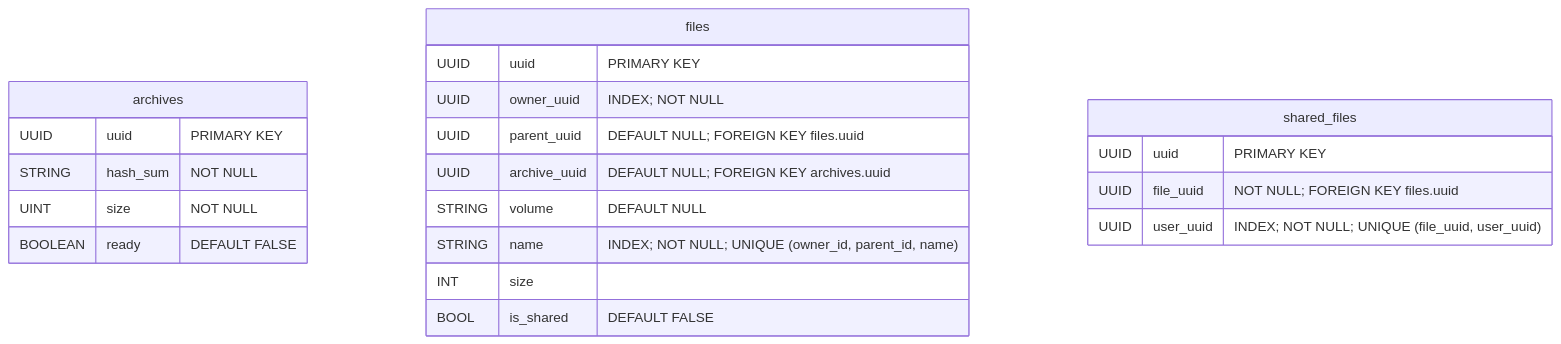
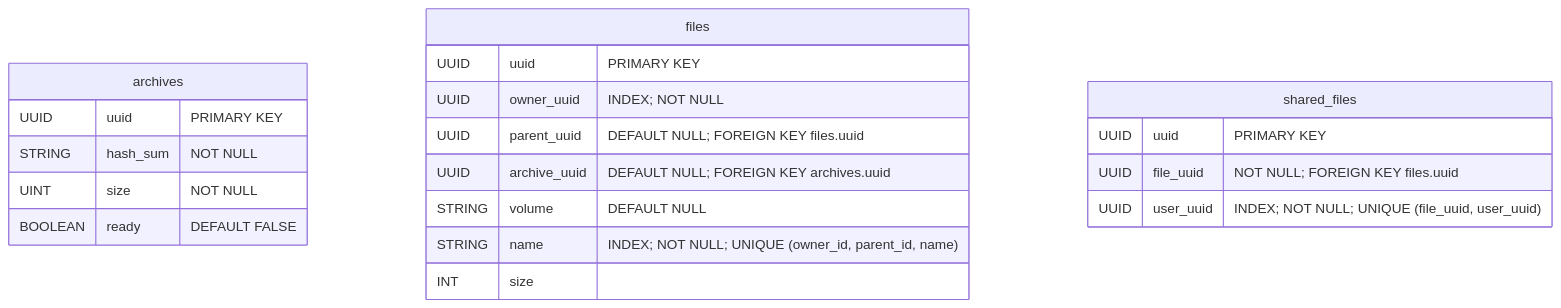
Before and after one commit to hawks-atlanta/docs: the third of 4 diagrams in Database.md, drawn with Mermaid.

Commit message:
docs: removed unused column

````diff
--- a/Database.md
+++ b/Database.md
@@ -74,26 +74,25 @@
 ```mermaid
 erDiagram
 	archives {
 		UUID    uuid        "PRIMARY KEY"
 		STRING  hash_sum    "NOT NULL"
 		UINT    size        "NOT NULL"
 		BOOLEAN ready       "DEFAULT FALSE"
 	}
 
 	files {
 		UUID    uuid            "PRIMARY KEY"
 		UUID    owner_uuid      "INDEX; NOT NULL"
 		UUID    parent_uuid     "DEFAULT NULL; FOREIGN KEY files.uuid"
 		UUID    archive_uuid    "DEFAULT NULL; FOREIGN KEY archives.uuid"
 		STRING  volume          "DEFAULT NULL"
 		STRING  name            "INDEX; NOT NULL; UNIQUE (owner_id, parent_id, name)"
 		INT     size            ""
-		BOOL    is_shared       "DEFAULT FALSE"
 	}
 	
 	shared_files {
 		UUID uuid      "PRIMARY KEY"
 		UUID file_uuid "NOT NULL; FOREIGN KEY files.uuid"
 		UUID user_uuid "INDEX; NOT NULL; UNIQUE (file_uuid, user_uuid)"
 	}
 ```
````
